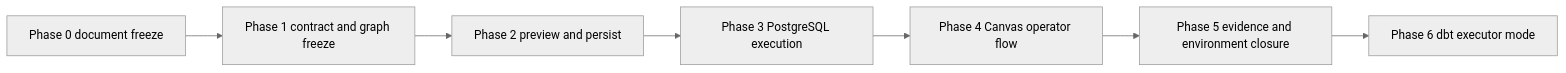
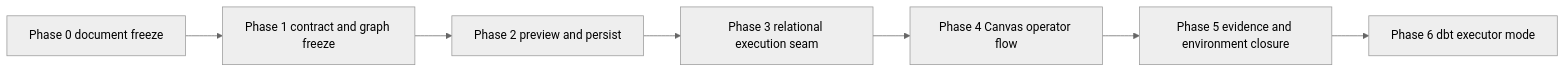
One commit to dunay2/dvt changed the first of 2 diagrams in docs/planning/proposals/mandatory/runtime-and-contracts/transformation-flow-delivery-plan-20260405.md. Above: the diagram before and after it, drawn with Mermaid (neutral theme). The commit also changed other lines of this file and 5 other files, not shown here.

````diff
--- a/docs/planning/proposals/mandatory/runtime-and-contracts/transformation-flow-delivery-plan-20260405.md
+++ b/docs/planning/proposals/mandatory/runtime-and-contracts/transformation-flow-delivery-plan-20260405.md
@@ -41,9 +41,9 @@
 ```mermaid
 flowchart LR
   P0[Phase 0 document freeze] --> P1[Phase 1 contract and graph freeze]
   P1 --> P2[Phase 2 preview and persist]
-  P2 --> P3[Phase 3 PostgreSQL execution]
+  P2 --> P3[Phase 3 relational execution seam]
   P3 --> P4[Phase 4 Canvas operator flow]
   P4 --> P5[Phase 5 evidence and environment closure]
   P5 --> P6[Phase 6 dbt executor mode]
 ```
````
